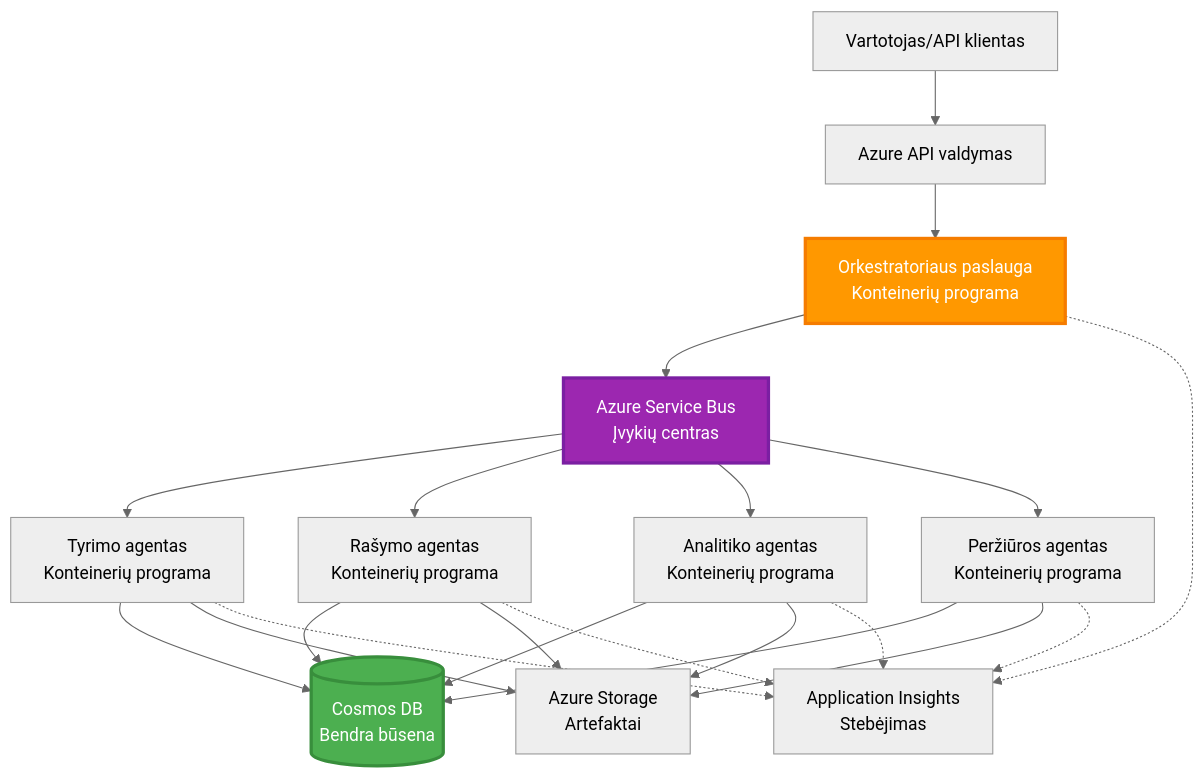
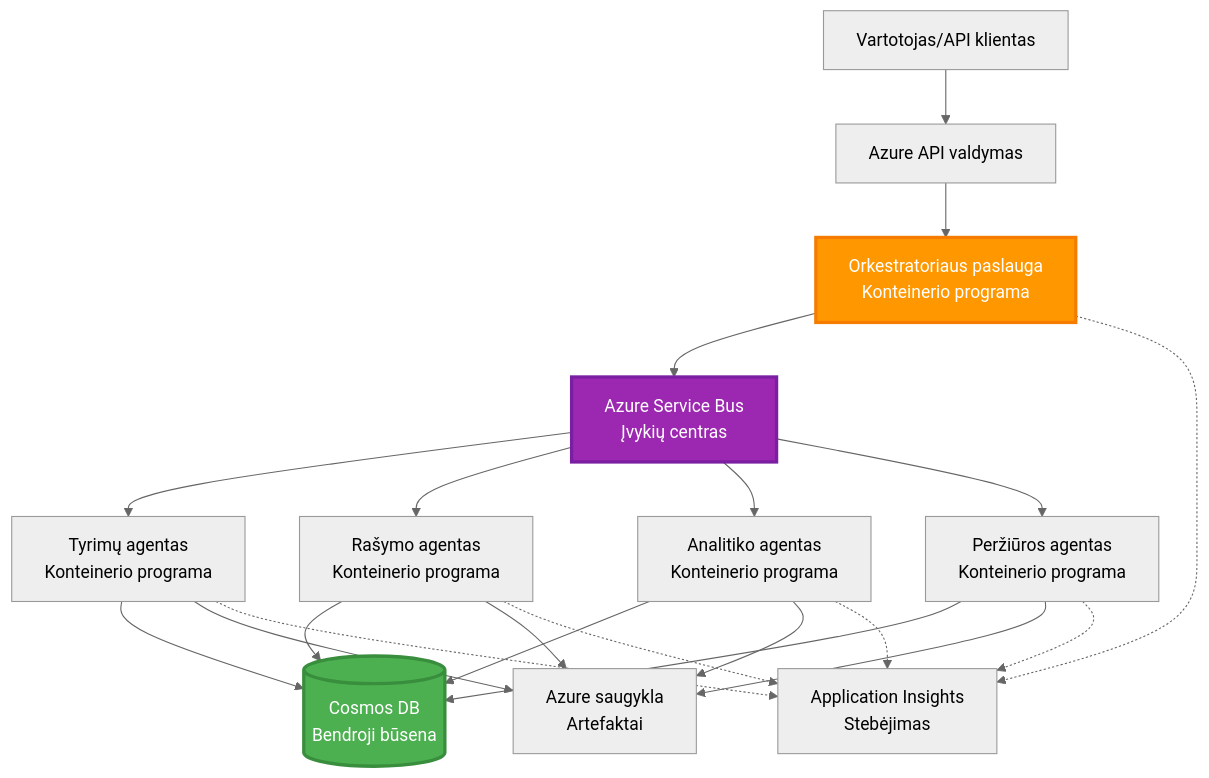
One commit to microsoft/AZD-for-beginners changed the sixth of 6 diagrams in translations/lt/docs/chapter-06-pre-deployment/coordination-patterns.md. Above: the diagram before and after it, drawn with Mermaid (neutral theme). The commit also changed other lines of this file and 101 other files, not shown here.

````diff
--- a/translations/lt/docs/chapter-06-pre-deployment/coordination-patterns.md
+++ b/translations/lt/docs/chapter-06-pre-deployment/coordination-patterns.md
@@ -272,45 +266,45 @@
 ```mermaid
 graph TB
     User[Vartotojas/API klientas]
     APIM[Azure API valdymas]
-    Orchestrator[Orkestratoriaus paslauga<br/>Konteinerių programa]
+    Orchestrator[Orkestratoriaus paslauga<br/>Konteinerio programa]
     ServiceBus[Azure Service Bus<br/>Įvykių centras]
     
-    Agent1[Tyrimo agentas<br/>Konteinerių programa]
-    Agent2[Rašymo agentas<br/>Konteinerių programa]
-    Agent3[Analitiko agentas<br/>Konteinerių programa]
-    Agent4[Peržiūros agentas<br/>Konteinerių programa]
+    Agent1[Tyrimų agentas<br/>Konteinerio programa]
+    Agent2[Rašymo agentas<br/>Konteinerio programa]
+    Agent3[Analitiko agentas<br/>Konteinerio programa]
+    Agent4[Peržiūros agentas<br/>Konteinerio programa]
     
-    CosmosDB[(Cosmos DB<br/>Bendra būsena)]
-    Storage[Azure Storage<br/>Artefaktai]
+    CosmosDB[(Cosmos DB<br/>Bendroji būsena)]
+    Storage[Azure saugykla<br/>Artefaktai]
     AppInsights[Application Insights<br/>Stebėjimas]
     
     User --> APIM
     APIM --> Orchestrator
     
     Orchestrator --> ServiceBus
     ServiceBus --> Agent1
     ServiceBus --> Agent2
     ServiceBus --> Agent3
     ServiceBus --> Agent4
     
     Agent1 --> CosmosDB
     Agent2 --> CosmosDB
     Agent3 --> CosmosDB
     Agent4 --> CosmosDB
     
     Agent1 --> Storage
     Agent2 --> Storage
     Agent3 --> Storage
     Agent4 --> Storage
     
     Orchestrator -.-> AppInsights
     Agent1 -.-> AppInsights
     Agent2 -.-> AppInsights
     Agent3 -.-> AppInsights
     Agent4 -.-> AppInsights
     
     style Orchestrator fill:#FF9800,stroke:#F57C00,stroke-width:3px,color:#fff
     style ServiceBus fill:#9C27B0,stroke:#7B1FA2,stroke-width:3px,color:#fff
     style CosmosDB fill:#4CAF50,stroke:#388E3C,stroke-width:3px,color:#fff
 ```
````
